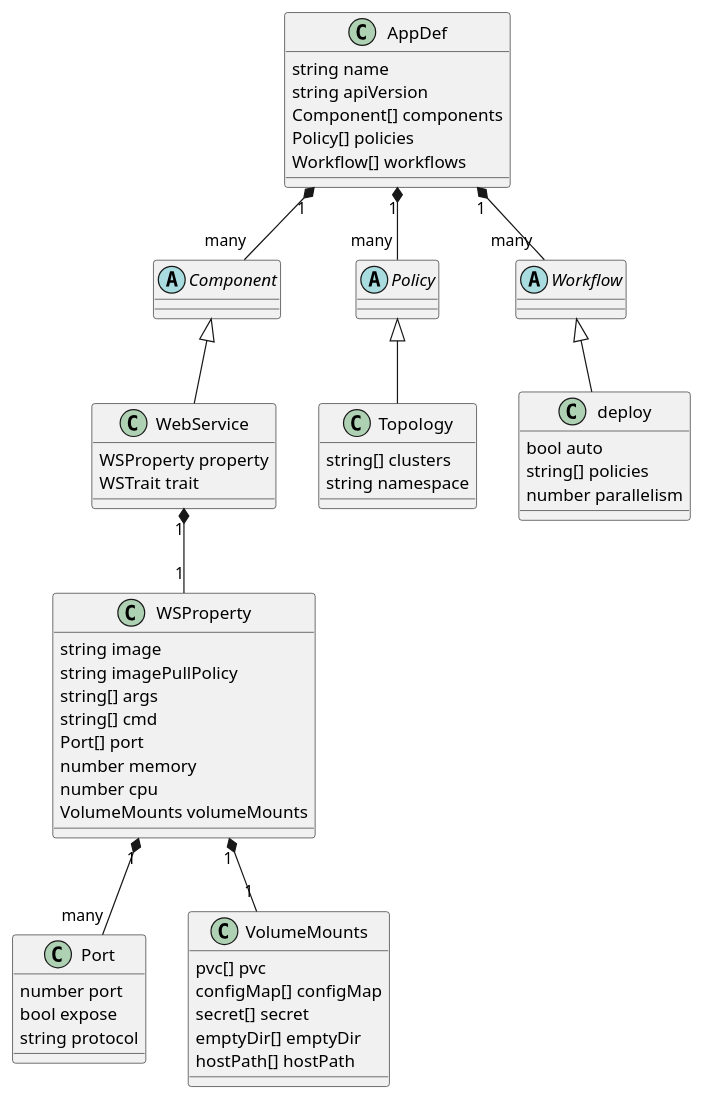
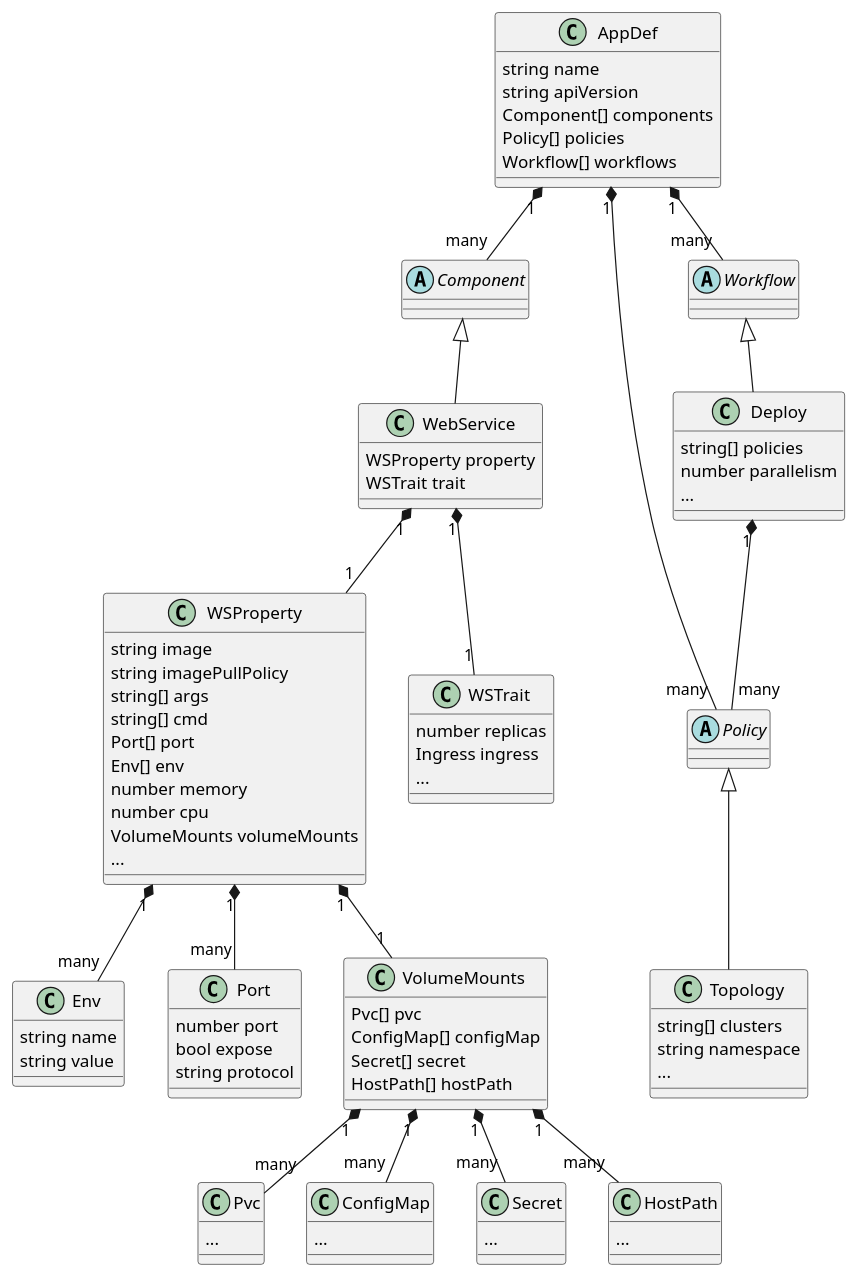
Before and after one commit to WFUing/aom: the diagram in docs/model/aom.puml, drawn with PlantUML. The commit also changed 2 other files, not shown here.

```diff
--- a/docs/model/aom.puml
+++ b/docs/model/aom.puml
@@ -1,72 +1,108 @@
 @startuml aom
 
 class AppDef {
     string name
     string apiVersion
     Component[] components
     Policy[] policies
     Workflow[] workflows 
 }
 
 abstract class Component {
 }
 
 class WebService {
     WSProperty property
     WSTrait trait
 }
 
 class WSProperty {
     string image 
     string imagePullPolicy
     string[] args
     string[] cmd
     Port[] port
+    Env[] env
     number memory
     number cpu
     VolumeMounts volumeMounts
+    ...
+}
+
+class Env {
+    string name
+    string value
+}
+
+class WSTrait {
+    number replicas
+    Ingress ingress
+    ...
 }
 
 class Port {
     number port
     bool expose
     string protocol
 }
 
 class VolumeMounts {
-    pvc[] pvc
-    configMap[] configMap
-    secret[] secret
-    emptyDir[] emptyDir
-    hostPath[] hostPath
+    Pvc[] pvc
+    ConfigMap[] configMap
+    Secret[] secret
+    HostPath[] hostPath
+}
+
+class Pvc {
+    ...
+}
+
+class ConfigMap {
+    ...
+}
+
+class Secret {
+    ...
+}
+
+class HostPath{
+    ...
 }
 
 abstract class Policy {
 
 }
 
 class Topology {
     string[] clusters
     string namespace
+    ...
 }
 
 abstract class Workflow {
 
 }
 
-class deploy {
-    bool auto
+class Deploy {
     string[] policies
     number parallelism
+    ...
 }
 
 AppDef "1" *-- "many" Component
 AppDef "1" *-- "many" Policy
 AppDef "1" *-- "many" Workflow
 Component <|-- WebService
 WebService "1" *-- "1" WSProperty
+WebService "1" *-- "1" WSTrait
 WSProperty "1" *-- "1" VolumeMounts
 WSProperty "1" *-- "many" Port
 Policy <|-- Topology
-Workflow <|-- deploy
+Workflow <|-- Deploy
+Deploy "1" *-- "many" Policy
+VolumeMounts "1" *-- "many" Pvc
+VolumeMounts "1" *-- "many" ConfigMap
+VolumeMounts "1" *-- "many" Secret
+VolumeMounts "1" *-- "many" HostPath
+WSProperty "1" *-- "many" Env
 @enduml
```
